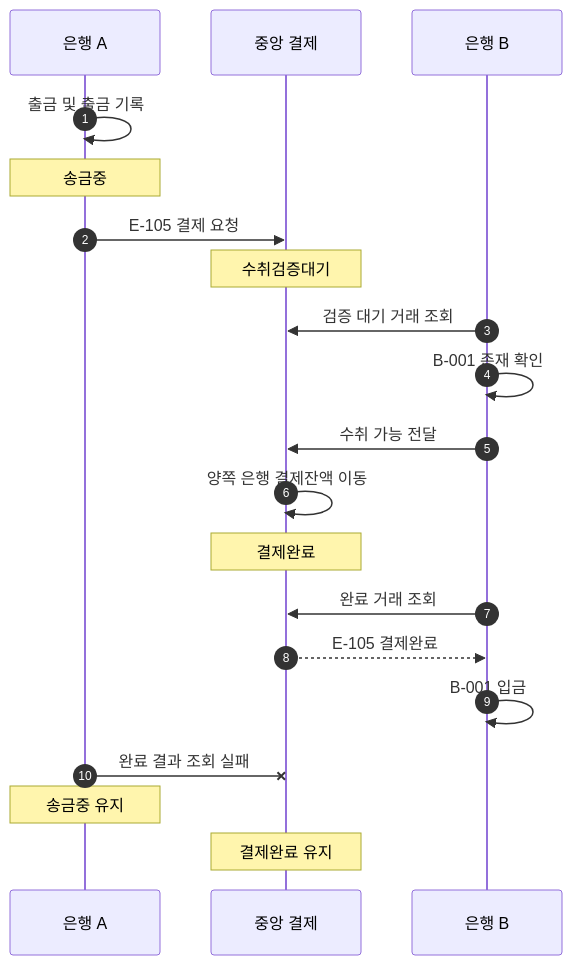
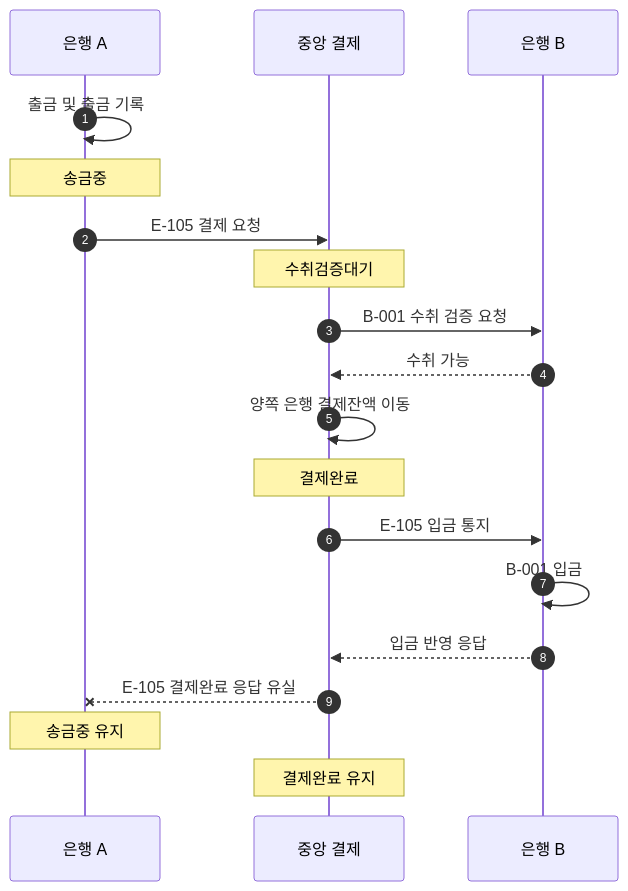
Before and after one commit to 2jun0/financial-system-backend: the diagram in docs/scenarios/S-007_결제완료_후_송금_상태_반영_지연.md, drawn with Mermaid. The commit also changed other lines of this file and 9 other files, not shown here.

````diff
--- a/docs/scenarios/S-007_결제완료_후_송금_상태_반영_지연.md
+++ b/docs/scenarios/S-007_결제완료_후_송금_상태_반영_지연.md
@@ -28,23 +27,22 @@
 ```mermaid
 sequenceDiagram
     autonumber
     participant A as 은행 A
     participant C as 중앙 결제
     participant B as 은행 B
 
     A->>A: 출금 및 출금 기록
     Note over A: 송금중
     A->>C: E-105 결제 요청
     Note over C: 수취검증대기
-    B->>C: 검증 대기 거래 조회
-    B->>B: B-001 존재 확인
-    B->>C: 수취 가능 전달
+    C->>B: B-001 수취 검증 요청
+    B-->>C: 수취 가능
     C->>C: 양쪽 은행 결제잔액 이동
     Note over C: 결제완료
-    B->>C: 완료 거래 조회
-    C-->>B: E-105 결제완료
+    C->>B: E-105 입금 통지
     B->>B: B-001 입금
-    A-xC: 완료 결과 조회 실패
+    B-->>C: 입금 반영 응답
+    C--xA: E-105 결제완료 응답 유실
     Note over A: 송금중 유지
     Note over C: 결제완료 유지
 ```
````
